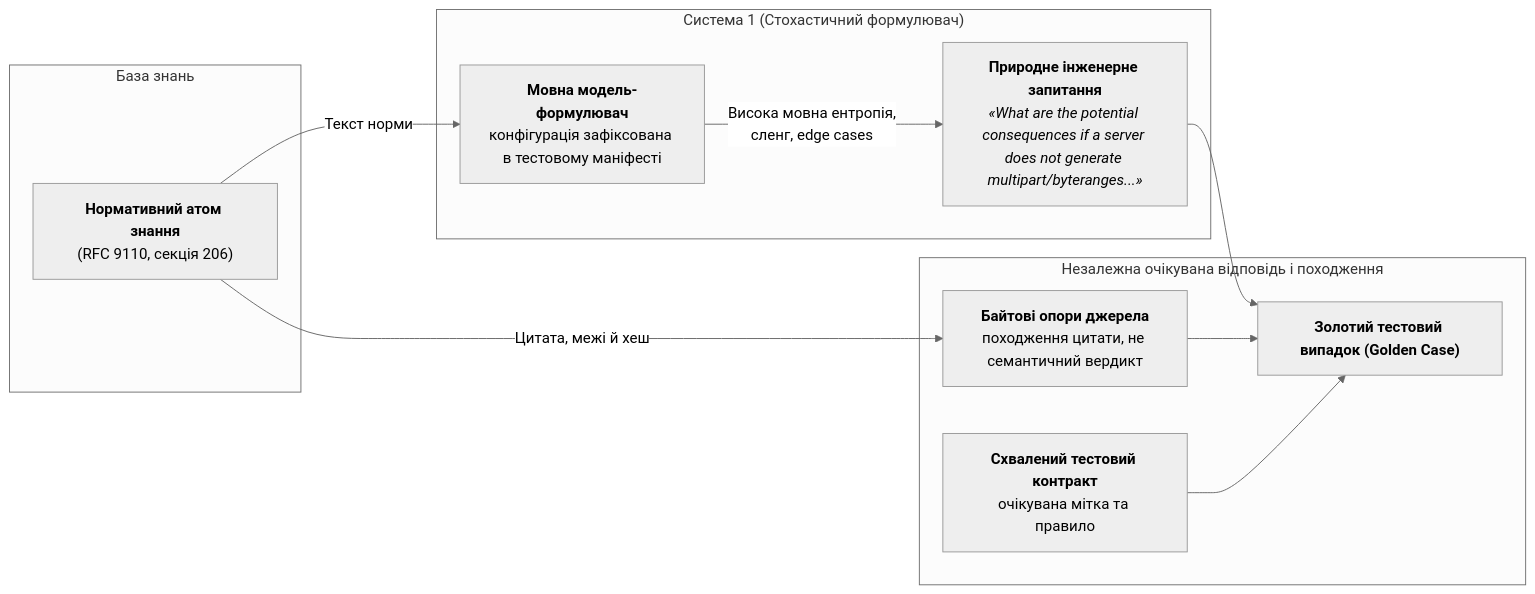
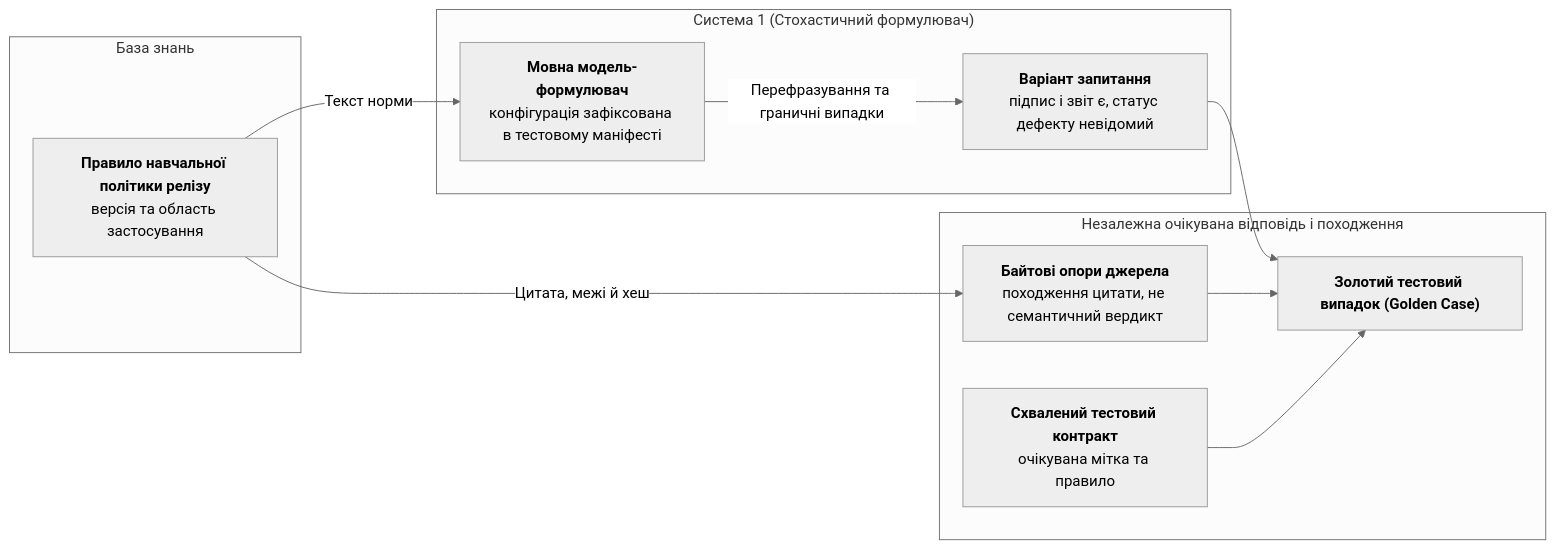
Before and after one commit to nick-fedchik/articles: the sixth of 6 diagrams in ExpertSystem/ch23-knowledge-base-verification.md, drawn with Mermaid (neutral theme). The commit also changed other lines of this file and 7 other files, not shown here.

````diff
--- a/ExpertSystem/ch23-knowledge-base-verification.md
+++ b/ExpertSystem/ch23-knowledge-base-verification.md
@@ -976,22 +1220,22 @@
 ```mermaid
 flowchart LR
     accTitle: Генератор запитань і незалежний тестовий оракул
     accDescr: Генератор формулює варіативні запити, а окремий версійований контракт із незалежно схваленою очікуваною міткою та байтовими опорами використовується для оцінювання.
 
     subgraph "База знань"
-        ATOM["<b>Нормативний атом знання</b><br/>(RFC 9110, секція 206)"]
+        ATOM["<b>Правило навчальної політики релізу</b><br/>версія та область застосування"]
     end
 
     subgraph "Система 1 (Стохастичний формулювач)"
         ATOM -->|Текст норми| SLM["<b>Мовна модель-формулювач</b><br/>конфігурація зафіксована в тестовому маніфесті"]
-        SLM -->|Висока мовна ентропія,<br/>сленг, edge cases| QUERY["<b>Природне інженерне запитання</b><br/><i>«What are the potential consequences if a server does not generate multipart/byteranges...»</i>"]
+        SLM -->|"Перефразування та граничні випадки"| QUERY["<b>Варіант запитання</b><br/>підпис і звіт є, статус дефекту невідомий"]
     end
 
     subgraph "Незалежна очікувана відповідь і походження"
         ATOM -->|Цитата, межі й хеш| EVIDENCE["<b>Байтові опори джерела</b><br/>походження цитати, не семантичний вердикт"]
         CONTRACT["<b>Схвалений тестовий контракт</b><br/>очікувана мітка та правило"] --> TEST
     end
 
     QUERY --> TEST["<b>Золотий тестовий випадок (Golden Case)</b>"]
     EVIDENCE --> TEST
 ```
````
